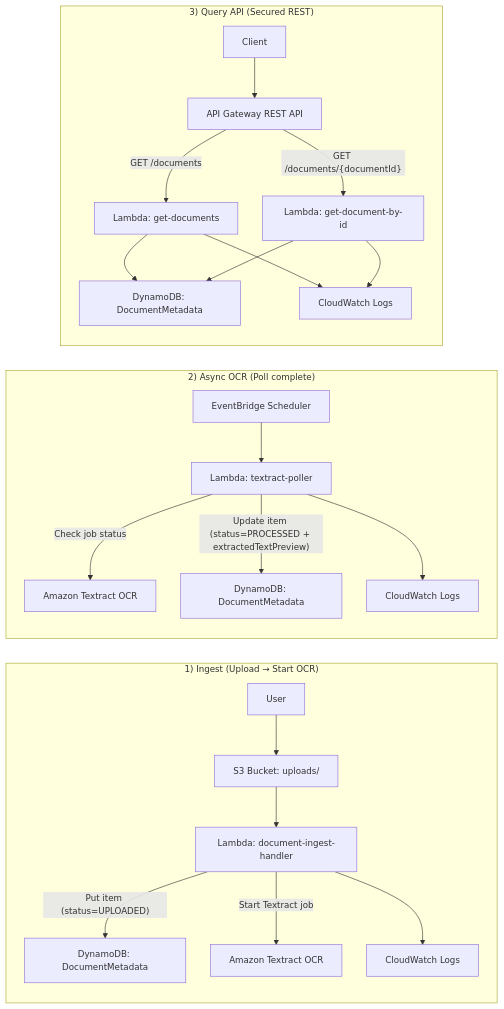
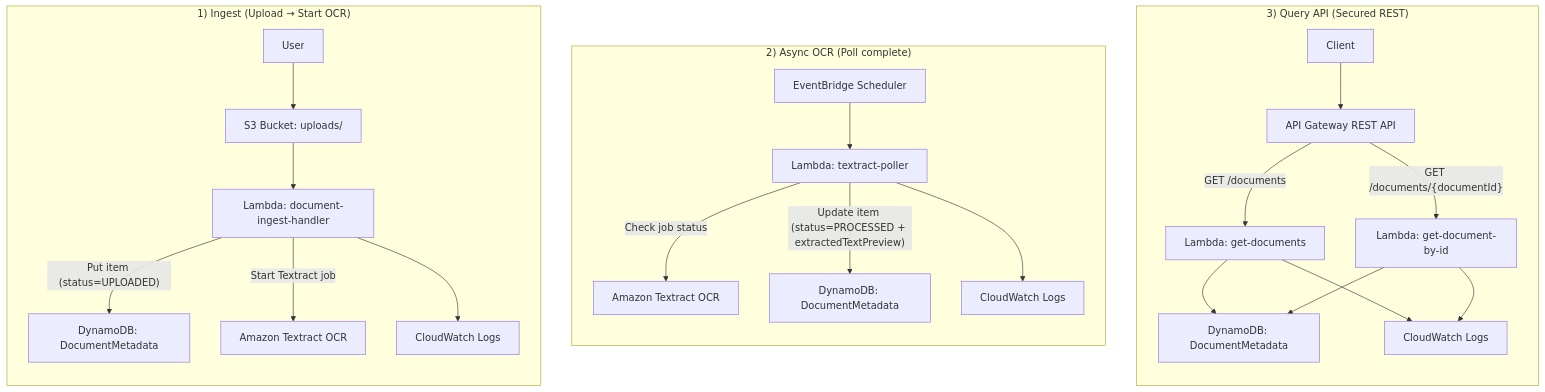
Before and after one commit to YogithR/Serverless-Document-Processing-Pipeline-AWS-: the diagram in README.md, drawn with Mermaid.

````diff
--- a/README.md
+++ b/README.md
@@ -12,34 +12,38 @@
 ```mermaid
-%%{init: {"flowchart": {"nodeSpacing": 40, "rankSpacing": 40, "curve": "basis"}, "themeVariables": {"fontSize": "14px"}} }%%
+%%{init: {"flowchart": {"nodeSpacing": 50, "rankSpacing": 50, "curve": "basis"}, "themeVariables": {"fontSize": "16px"}} }%%
 flowchart LR
 
 subgraph ING["1) Ingest (Upload → Start OCR)"]
 direction TB
 U[User] --> S3["S3 Bucket: uploads/"]
 S3 --> L1["Lambda: document-ingest-handler"]
 L1 -->|"Put item (status=UPLOADED)"| DDB1["DynamoDB: DocumentMetadata"]
 L1 -->|"Start Textract job"| TX1["Amazon Textract OCR"]
 L1 --> CW1["CloudWatch Logs"]
 end
 
 subgraph ASYNC["2) Async OCR (Poll complete)"]
 direction TB
 EB["EventBridge Scheduler"] --> L2["Lambda: textract-poller"]
 L2 -->|"Check job status"| TX2["Amazon Textract OCR"]
 L2 -->|"Update item (status=PROCESSED + extractedTextPreview)"| DDB2["DynamoDB: DocumentMetadata"]
 L2 --> CW2["CloudWatch Logs"]
 end
 
 subgraph API["3) Query API (Secured REST)"]
 direction TB
 C[Client] --> APIGW["API Gateway REST API"]
 APIGW -->|"GET /documents"| L3["Lambda: get-documents"]
 APIGW -->|"GET /documents/{documentId}"| L4["Lambda: get-document-by-id"]
 L3 --> DDB3["DynamoDB: DocumentMetadata"]
 L4 --> DDB3
 L3 --> CW3["CloudWatch Logs"]
 L4 --> CW3
 end
 
+%% Hidden links to force the 1 -> 2 -> 3 order
+ING ~~~ ASYNC
+ASYNC ~~~ API
+
 
 ```
````
